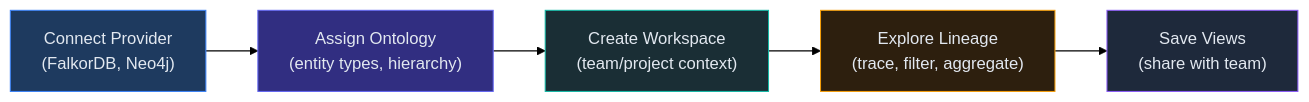
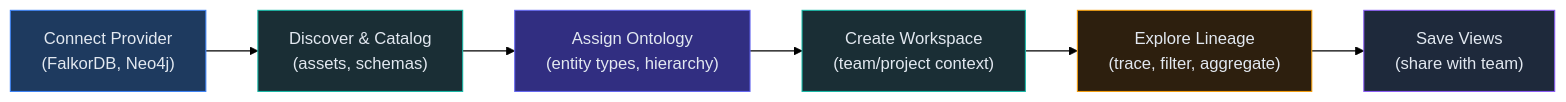
The third of 10 diagrams in docs/OVERVIEW.md (rkrumins/synodic), drawn with Mermaid (forest theme) before and after one commit. The commit also changed other lines of this file and 9 other files, not shown here.

````diff
--- a/docs/OVERVIEW.md
+++ b/docs/OVERVIEW.md
@@ -86,13 +144,15 @@
 ```mermaid
 graph LR
-    A["Connect Provider<br/>(FalkorDB, Neo4j)"] --> B["Assign Ontology<br/>(entity types, hierarchy)"]
-    B --> C["Create Workspace<br/>(team/project context)"]
-    C --> D["Explore Lineage<br/>(trace, filter, aggregate)"]
-    D --> E["Save Views<br/>(share with team)"]
+    A["Connect Provider<br/>(FalkorDB, Neo4j)"] --> B["Discover & Catalog<br/>(assets, schemas)"]
+    B --> C["Assign Ontology<br/>(entity types, hierarchy)"]
+    C --> D["Create Workspace<br/>(team/project context)"]
+    D --> E["Explore Lineage<br/>(trace, filter, aggregate)"]
+    E --> F["Save Views<br/>(share with team)"]
 
     style A fill:#1e3a5f,stroke:#3b82f6,color:#e2e8f0
-    style B fill:#312e81,stroke:#6366f1,color:#e2e8f0
-    style C fill:#1a2e35,stroke:#14b8a6,color:#e2e8f0
-    style D fill:#2d1f0e,stroke:#f59e0b,color:#e2e8f0
-    style E fill:#1e293b,stroke:#8b5cf6,color:#e2e8f0
+    style B fill:#1a2e35,stroke:#14b8a6,color:#e2e8f0
+    style C fill:#312e81,stroke:#6366f1,color:#e2e8f0
+    style D fill:#1a2e35,stroke:#14b8a6,color:#e2e8f0
+    style E fill:#2d1f0e,stroke:#f59e0b,color:#e2e8f0
+    style F fill:#1e293b,stroke:#8b5cf6,color:#e2e8f0
 ```
````
